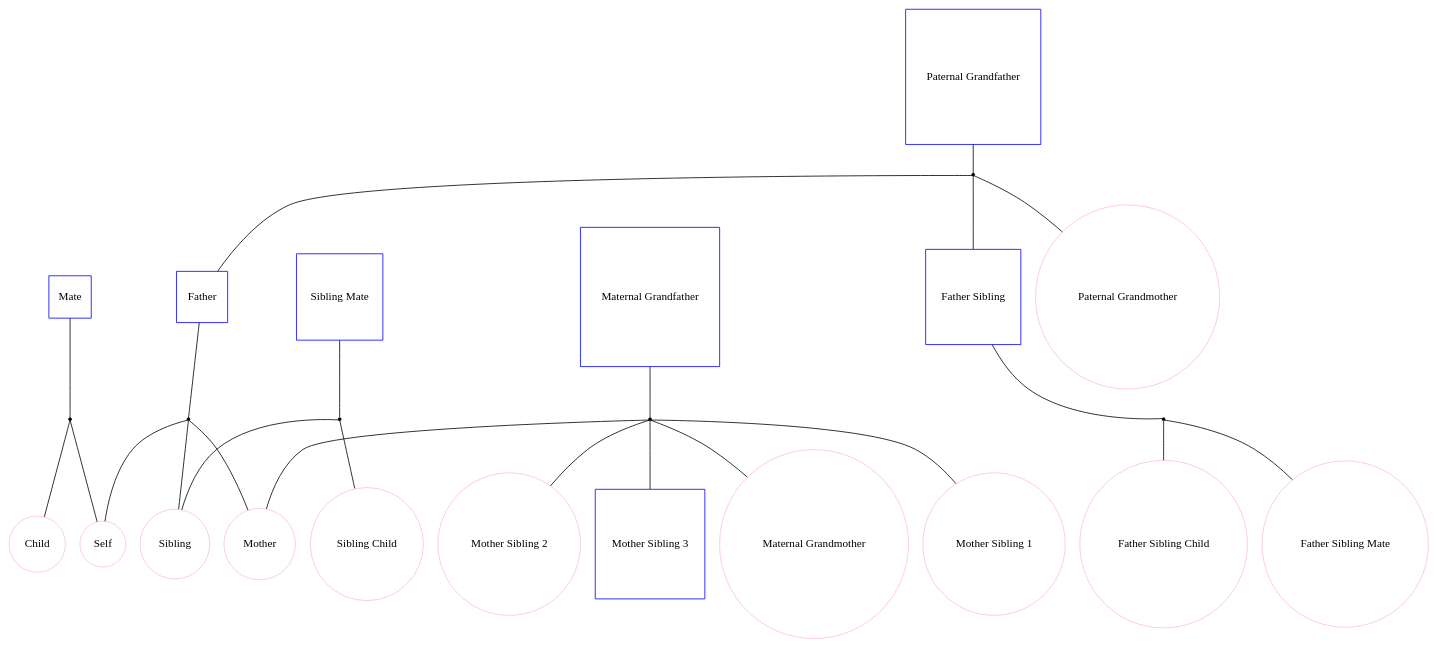
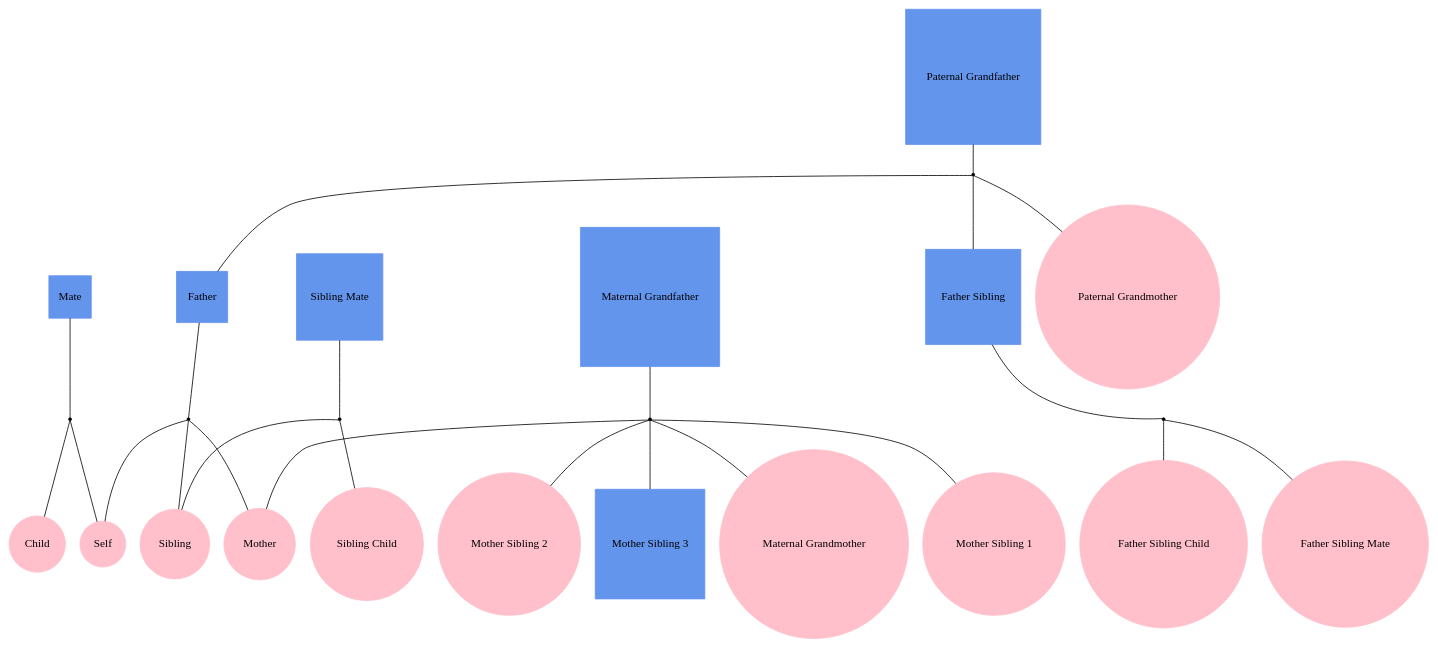
The diagram in encoder/out10.gv (phewing/teamM_L), drawn with Graphviz before and after one commit. The commit also changed 21 other files, not shown here.

```diff
--- a/encoder/out10.gv
+++ b/encoder/out10.gv
@@ -1,47 +1,47 @@
 
 graph f10 {
-"Self" [shape=oval, regular=1, color="pink"];
-"Mate" [shape=box, regular=1, color="blue"];
-"Child" [shape=oval, regular=1, color="pink"];
-"Sibling" [shape=oval, regular=1, color="pink"];
-"Sibling Mate" [shape=box, regular=1, color="blue"];
-"Sibling Child" [shape=oval, regular=1, color="pink"];
-"Father" [shape=box, regular=1, color="blue"];
-"Father Sibling" [shape=box, regular=1, color="blue"];
-"Father Sibling Mate" [shape=oval, regular=1, color="pink"];
-"Father Sibling Child" [shape=oval, regular=1, color="pink"];
-"Paternal Grandmother" [shape=oval, regular=1, color="pink"];
-"Paternal Grandfather" [shape=box, regular=1, color="blue"];
-"Mother" [shape=oval, regular=1, color="pink"];
-"Mother Sibling 1" [shape=oval, regular=1, color="pink"];
-"Mother Sibling 2" [shape=oval, regular=1, color="pink"];
-"Mother Sibling 3" [shape=box, regular=1, color="blue"];
-"Maternal Grandmother" [shape=oval, regular=1, color="pink"];
-"Maternal Grandfather" [shape=box, regular=1, color="blue"];
+"Self" [shape=oval, style=filled, regular=1, color="pink"];
+"Mate" [shape=box, style=filled, regular=1, color="cornflowerblue"];
+"Child" [shape=oval, style=filled, regular=1, color="pink"];
+"Sibling" [shape=oval, style=filled, regular=1, color="pink"];
+"Sibling Mate" [shape=box, style=filled, regular=1, color="cornflowerblue"];
+"Sibling Child" [shape=oval, style=filled, regular=1, color="pink"];
+"Father" [shape=box, style=filled, regular=1, color="cornflowerblue"];
+"Father Sibling" [shape=box, style=filled, regular=1, color="cornflowerblue"];
+"Father Sibling Mate" [shape=oval, style=filled, regular=1, color="pink"];
+"Father Sibling Child" [shape=oval, style=filled, regular=1, color="pink"];
+"Paternal Grandmother" [shape=oval, style=filled, regular=1, color="pink"];
+"Paternal Grandfather" [shape=box, style=filled, regular=1, color="cornflowerblue"];
+"Mother" [shape=oval, style=filled, regular=1, color="pink"];
+"Mother Sibling 1" [shape=oval, style=filled, regular=1, color="pink"];
+"Mother Sibling 2" [shape=oval, style=filled, regular=1, color="pink"];
+"Mother Sibling 3" [shape=box, style=filled, regular=1, color="cornflowerblue"];
+"Maternal Grandmother" [shape=oval, style=filled, regular=1, color="pink"];
+"Maternal Grandfather" [shape=box, style=filled, regular=1, color="cornflowerblue"];
 
 "mate+self" [shape=point];
 "siblingmate+sibling" [shape=point];
 "father+mother" [shape=point];
 "fathersibling+fathersiblingmate" [shape=point];
 "paternalgrandfather+paternalgrandmother" [shape=point];
 "maternalgrandfather+maternalgrandmother" [shape=point];
 
 "Mate" -- "mate+self" -- "Self";
 "Sibling Mate" -- "siblingmate+sibling" -- "Sibling";
 "Father" -- "father+mother" -- "Mother";
 "Father Sibling" -- "fathersibling+fathersiblingmate" -- "Father Sibling Mate";
 "Paternal Grandfather" -- "paternalgrandfather+paternalgrandmother" -- "Paternal Grandmother";
 "Maternal Grandfather" -- "maternalgrandfather+maternalgrandmother" -- "Maternal Grandmother";
 
 "father+mother" -- "Self";
 "mate+self" -- "Child";
 "father+mother" -- "Sibling";
 "siblingmate+sibling" -- "Sibling Child";
 "paternalgrandfather+paternalgrandmother" -- "Father";
 "paternalgrandfather+paternalgrandmother" -- "Father Sibling";
 "fathersibling+fathersiblingmate" -- "Father Sibling Child";
 "maternalgrandfather+maternalgrandmother" -- "Mother";
 "maternalgrandfather+maternalgrandmother" -- "Mother Sibling 1";
 "maternalgrandfather+maternalgrandmother" -- "Mother Sibling 2";
 "maternalgrandfather+maternalgrandmother" -- "Mother Sibling 3";
 }
```
